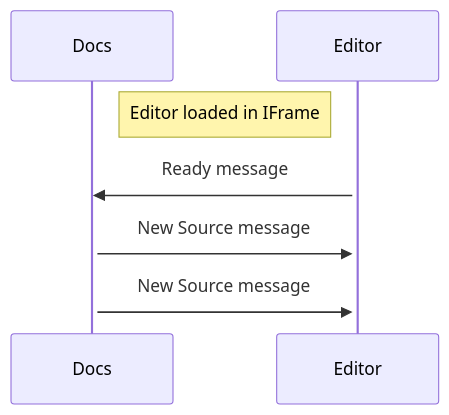
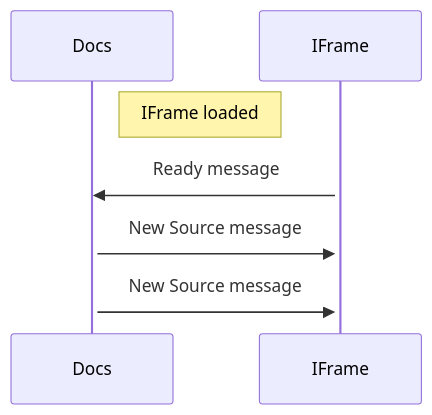
The diagram in website/docs/markdown-features/side-editor.mdx (microsoft/docusaurus-plugins), drawn with Mermaid before and after one commit. The commit also changed other lines of this file and 13 other files, not shown here.

````diff
--- a/website/docs/markdown-features/side-editor.mdx
+++ b/website/docs/markdown-features/side-editor.mdx
@@ -36,9 +58,9 @@
 ```mermaid
 sequenceDiagram
-    Note right of Docs: Editor loaded in IFrame
-    activate Editor
-    Editor->>Docs: Ready message
+    Note right of Docs: IFrame loaded
+    activate IFrame
+    IFrame->>Docs: Ready message
     activate Docs
-    Docs->>Editor: New Source message
-    Docs->>Editor: New Source message
+    Docs->>IFrame: New Source message
+    Docs->>IFrame: New Source message
 ```
````
